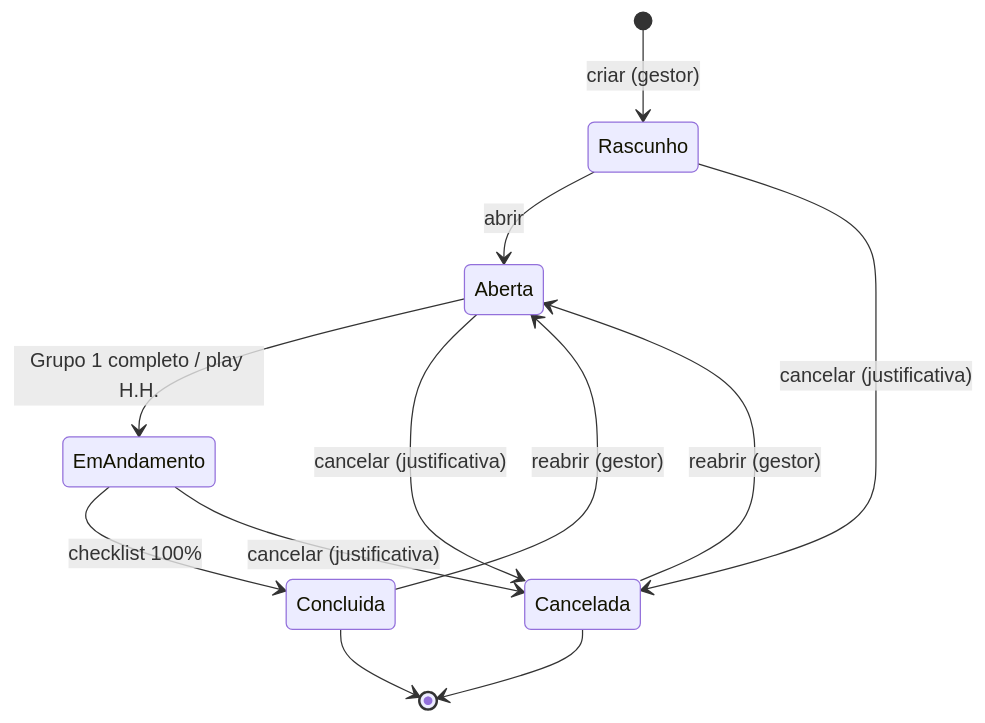
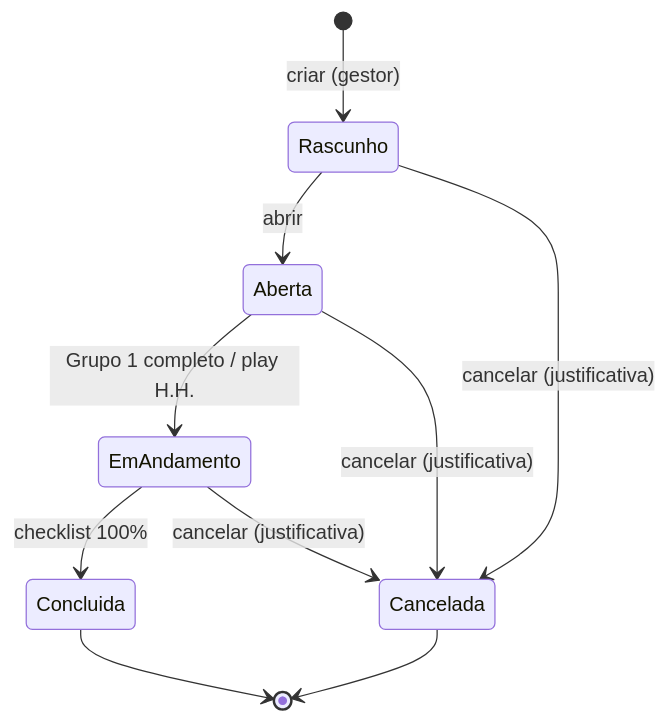
Before and after one commit to Edenir-Munaretto/App_Munaretto: the second of 4 diagrams in docs/DIAGRAMA_OS.md, drawn with Mermaid. The commit also changed other lines of this file and 4 other files, not shown here.

````diff
--- a/docs/DIAGRAMA_OS.md
+++ b/docs/DIAGRAMA_OS.md
@@ -58,14 +58,12 @@
 ```mermaid
 stateDiagram-v2
     [*] --> Rascunho: criar (gestor)
     Rascunho --> Aberta: abrir
     Rascunho --> Cancelada: cancelar (justificativa)
     Aberta --> EmAndamento: Grupo 1 completo / play H.H.
     Aberta --> Cancelada: cancelar (justificativa)
     EmAndamento --> Concluida: checklist 100%
     EmAndamento --> Cancelada: cancelar (justificativa)
-    Concluida --> Aberta: reabrir (gestor)
-    Cancelada --> Aberta: reabrir (gestor)
     Concluida --> [*]
     Cancelada --> [*]
 ```
````
